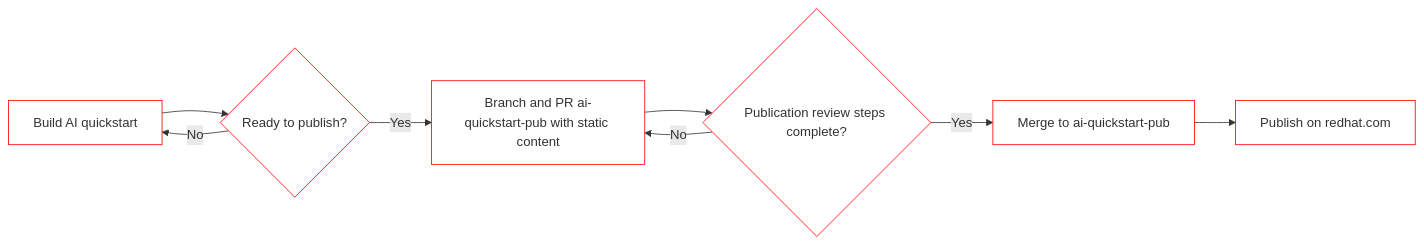
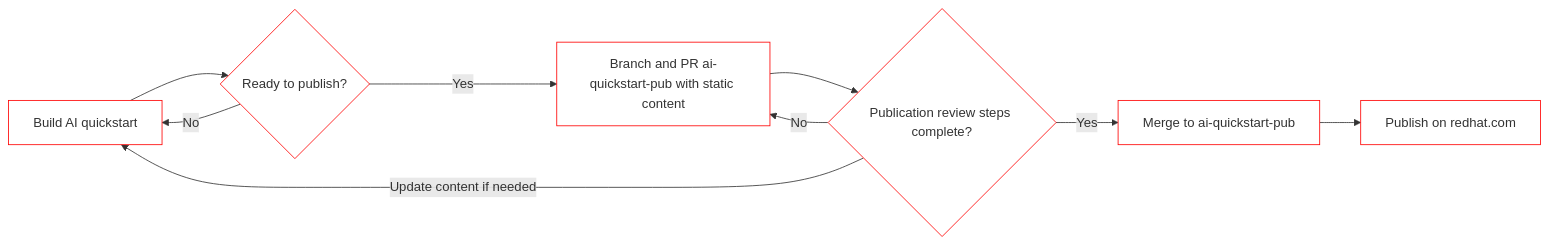
Before and after one commit to rh-ai-quickstart/ai-quickstart-contrib: the second of 2 diagrams in PUBLISHING.md, drawn with Mermaid.

Commit message:
forgot step

````diff
--- a/PUBLISHING.md
+++ b/PUBLISHING.md
@@ -40,18 +40,19 @@
 ```mermaid
   flowchart LR 
     A[Build AI quickstart] --> B{Ready to publish?}
     B -- No --> A; 
     B -- Yes --> C[Branch and PR ai-quickstart-pub with static content];
     C --> D{Publication review steps complete?};
     D -- No --> C; 
     D -- Yes --> E[Merge to ai-quickstart-pub];
+    D -- Update content if needed --> A;
     E --> F[Publish on redhat.com];
 
     style A fill:#fff,stroke:#f00
     style B fill:#fff,stroke:#f00
     style C fill:#fff,stroke:#f00
     style D fill:#fff,stroke:#f00
     style E fill:#fff,stroke:#f00
     style F fill:#fff,stroke:#f00
     
 ```
````
